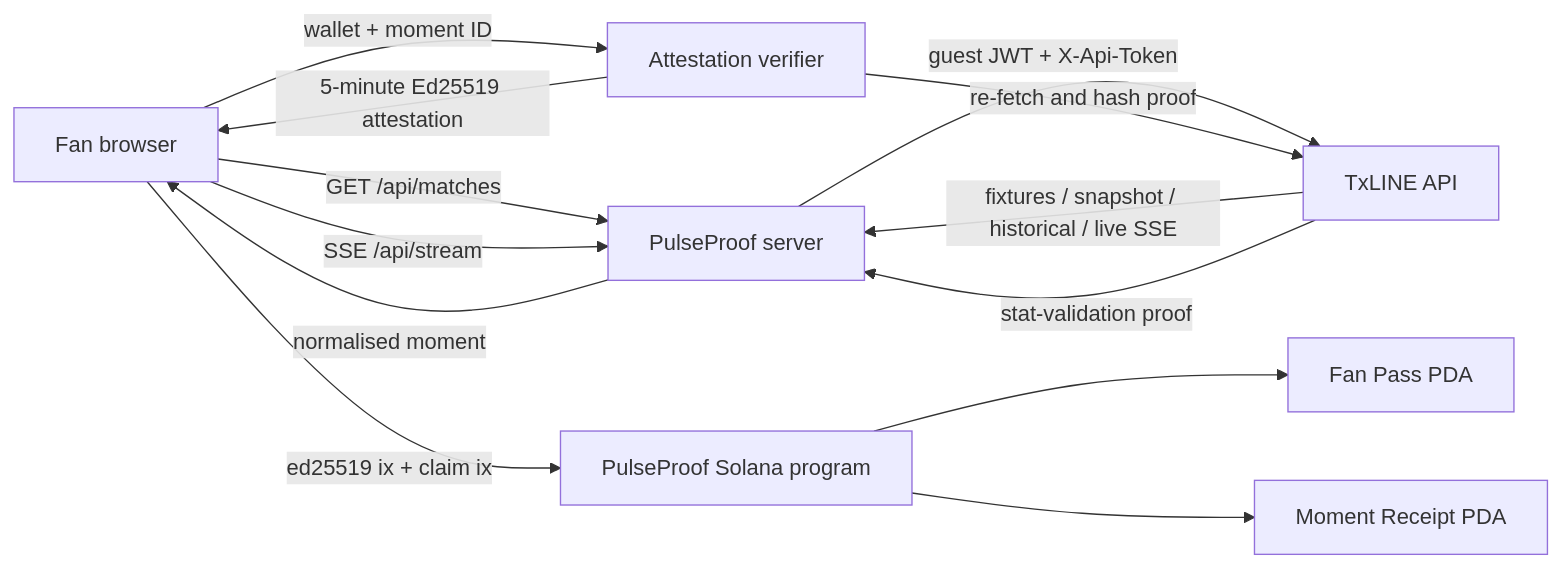
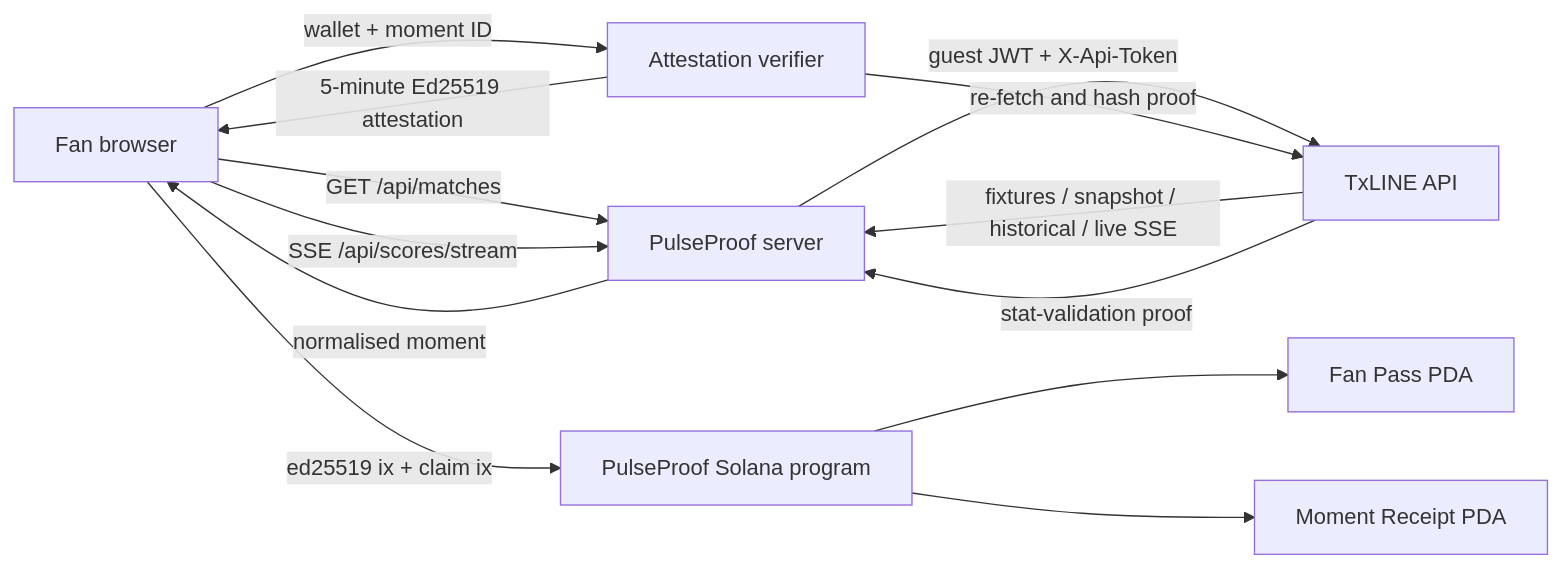
Before and after one commit to cryptovuive/pulseproof: the diagram in docs/ARCHITECTURE.md, drawn with Mermaid. The commit also changed other lines of this file and 7 other files, not shown here.

````diff
--- a/docs/ARCHITECTURE.md
+++ b/docs/ARCHITECTURE.md
@@ -3,15 +3,15 @@
 ```mermaid
 flowchart LR
   F["Fan browser"] -->|"GET /api/matches"| A["PulseProof server"]
-  F -->|"SSE /api/stream"| A
+  F -->|"SSE /api/scores/stream"| A
   A -->|"guest JWT + X-Api-Token"| T["TxLINE API"]
   T -->|"fixtures / snapshot / historical / live SSE"| A
   T -->|"stat-validation proof"| A
   A -->|"normalised moment"| F
   F -->|"wallet + moment ID"| V["Attestation verifier"]
   V -->|"re-fetch and hash proof"| T
   V -->|"5-minute Ed25519 attestation"| F
   F -->|"ed25519 ix + claim ix"| S["PulseProof Solana program"]
   S --> P["Fan Pass PDA"]
   S --> R["Moment Receipt PDA"]
 ```
````
